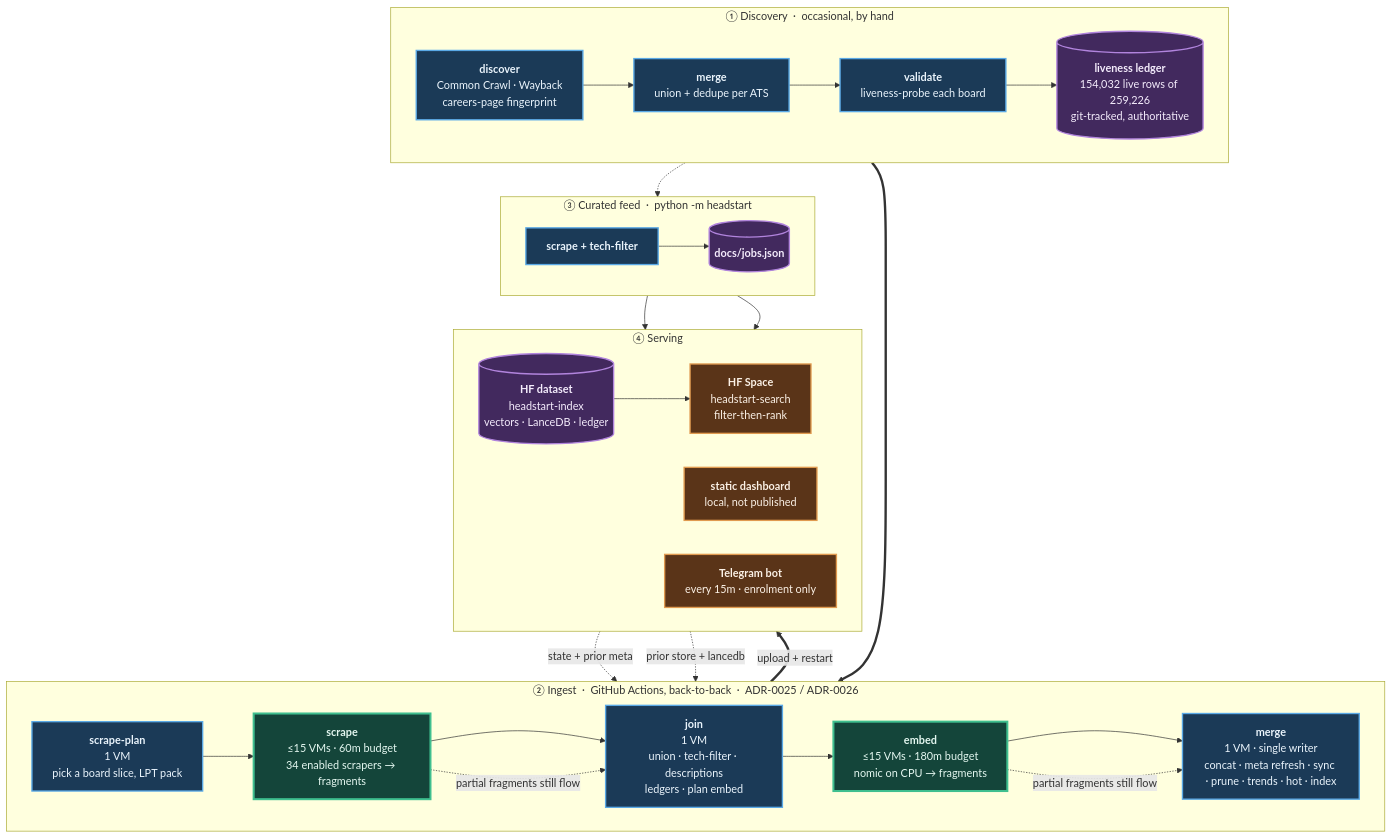
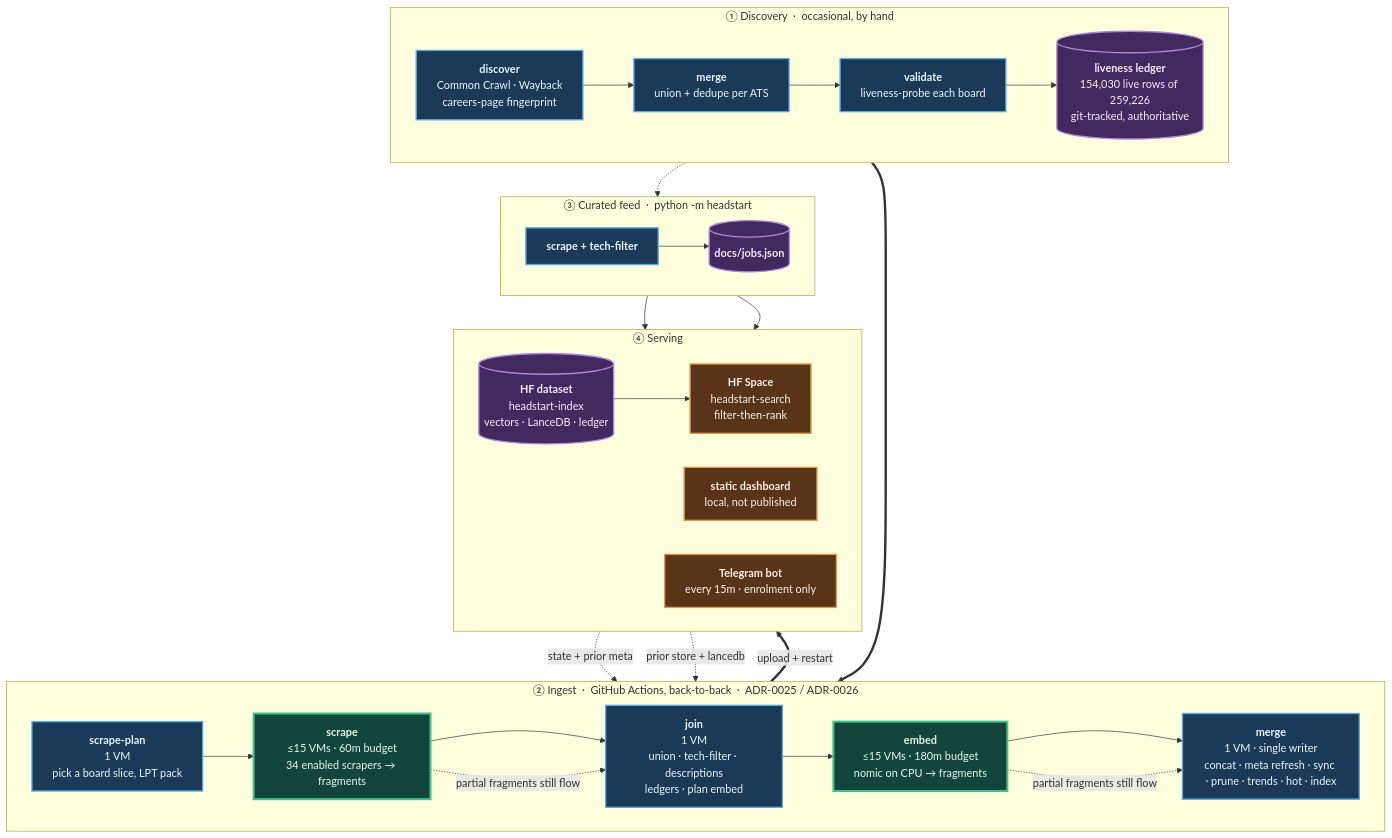
Before and after one commit to sarthakjain004/headstart: the diagram in README.md, drawn with Mermaid. The commit also changed other lines of this file and 42 other files, not shown here.

````diff
--- a/README.md
+++ b/README.md
@@ -170,56 +170,56 @@
 ```mermaid
 flowchart TB
     subgraph D["① Discovery &nbsp;·&nbsp; occasional, by hand"]
         direction LR
         D1["<b>discover</b><br/>Common Crawl · Wayback<br/>careers-page fingerprint"]
         D2["<b>merge</b><br/>union + dedupe per ATS"]
         D3["<b>validate</b><br/>liveness-probe each board"]
-        D4[("<b>liveness ledger</b><br/>154,032 live rows of 259,226<br/>git-tracked, authoritative")]
+        D4[("<b>liveness ledger</b><br/>154,030 live rows of 259,226<br/>git-tracked, authoritative")]
         D1 --> D2 --> D3 --> D4
     end
 
     subgraph P["② Ingest &nbsp;·&nbsp; GitHub Actions, back-to-back &nbsp;·&nbsp; ADR-0025 / ADR-0026"]
         direction LR
         P1["<b>scrape-plan</b><br/>1 VM<br/>pick a board slice, LPT pack"]
         P2["<b>scrape</b><br/>≤15 VMs · 60m budget<br/>34 enabled scrapers → fragments"]
         P3["<b>join</b><br/>1 VM<br/>union · tech-filter · descriptions<br/>ledgers · plan embed"]
         P4["<b>embed</b><br/>≤15 VMs · 180m budget<br/>nomic on CPU → fragments"]
         P5["<b>merge</b><br/>1 VM · single writer<br/>concat · meta refresh · sync · prune · trends · hot · index"]
         P1 --> P2 --> P3 --> P4 --> P5
     end
 
     subgraph F["③ Curated feed &nbsp;·&nbsp; python -m headstart"]
         direction LR
         F1["<b>scrape + tech-filter</b>"]
         F2[("<b>docs/jobs.json</b>")]
         F1 --> F2
     end
 
     subgraph S["④ Serving"]
         direction LR
         S1[("<b>HF dataset</b><br/>headstart-index<br/>vectors · LanceDB · ledger")]
         S2["<b>HF Space</b><br/>headstart-search<br/>filter-then-rank"]
         S3["<b>static dashboard</b><br/>local, not published"]
         S4["<b>Telegram bot</b><br/>every 15m · enrolment only"]
         S1 --> S2
     end
 
     D4 ==> P1
     S1 -. "state + prior meta" .-> P1
     S1 -. "prior store + lancedb" .-> P5
     D4 -.-> F1
     P5 ==>|"upload + restart"| S1
     F2 --> S3
     F2 --> S4
     P2 -. "partial fragments still flow" .-> P3
     P4 -. "partial fragments still flow" .-> P5
 
     classDef serial fill:#1b3a57,stroke:#5aa9e6,stroke-width:2px,color:#eaf4fc
     classDef fan fill:#14453a,stroke:#3fbf8f,stroke-width:3px,color:#e4f7f0
     classDef store fill:#42295e,stroke:#b184dd,stroke-width:2px,color:#f4ecfc
     classDef serve fill:#5a3418,stroke:#e09a4f,stroke-width:2px,color:#fbf1e6
     class D1,D2,D3,P1,P3,P5,F1 serial
     class P2,P4 fan
     class D4,F2,S1 store
     class S2,S3,S4 serve
 ```
````
